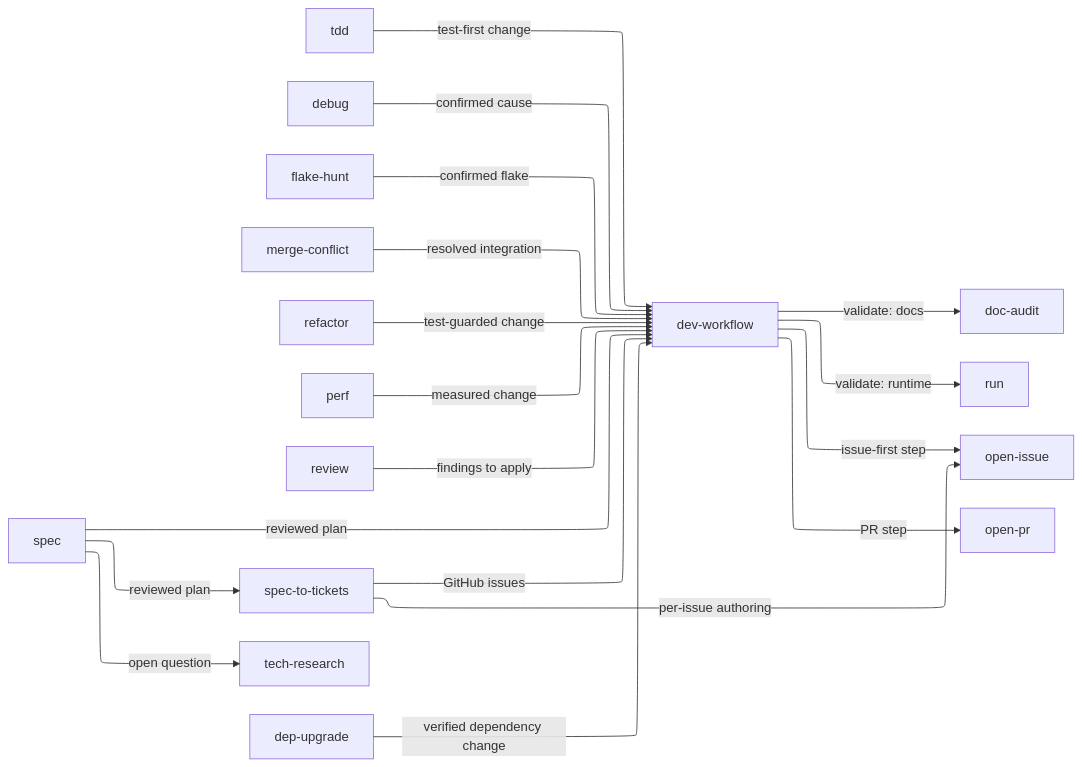
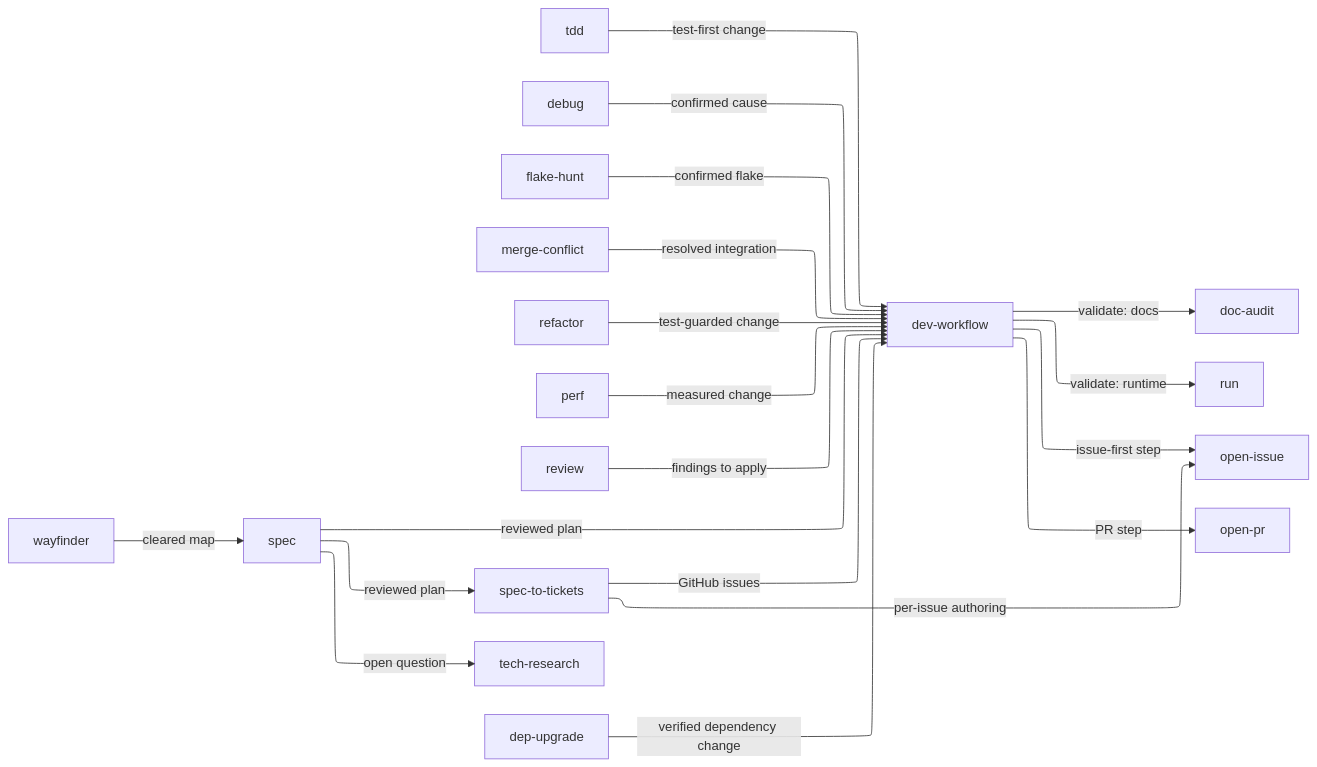
The diagram in docs/engineering-skill-composition.md (greerviau/skills), drawn with Mermaid before and after one commit. The commit also changed other lines of this file and 6 other files, not shown here.

````diff
--- a/docs/engineering-skill-composition.md
+++ b/docs/engineering-skill-composition.md
@@ -8,39 +8,41 @@
 ```mermaid
 %%{init: {'flowchart': {'defaultRenderer': 'elk'}}}%%
 flowchart LR
+    wayfinder[wayfinder]
     spec[spec]
     tdd[tdd]
     debug[debug]
     flakehunt[flake-hunt]
     mergeconflict[merge-conflict]
     refactor[refactor]
     perf[perf]
     review[review]
     s2t[spec-to-tickets]
     techresearch[tech-research]
     depupgrade[dep-upgrade]
     devworkflow[dev-workflow]
     docaudit[doc-audit]
     run[run]
     openissue[open-issue]
     openpr[open-pr]
 
+    wayfinder -->|cleared map| spec
     spec -->|reviewed plan| s2t
     spec -->|reviewed plan| devworkflow
     spec -->|open question| techresearch
     s2t -->|GitHub issues| devworkflow
     s2t -->|per-issue authoring| openissue
     tdd -->|test-first change| devworkflow
     debug -->|confirmed cause| devworkflow
     flakehunt -->|confirmed flake| devworkflow
     mergeconflict -->|resolved integration| devworkflow
     refactor -->|test-guarded change| devworkflow
     perf -->|measured change| devworkflow
     depupgrade -->|verified dependency change| devworkflow
     review -->|findings to apply| devworkflow
 
     devworkflow -->|issue-first step| openissue
     devworkflow -->|validate: docs| docaudit
     devworkflow -->|validate: runtime| run
     devworkflow -->|PR step| openpr
 ```
````
